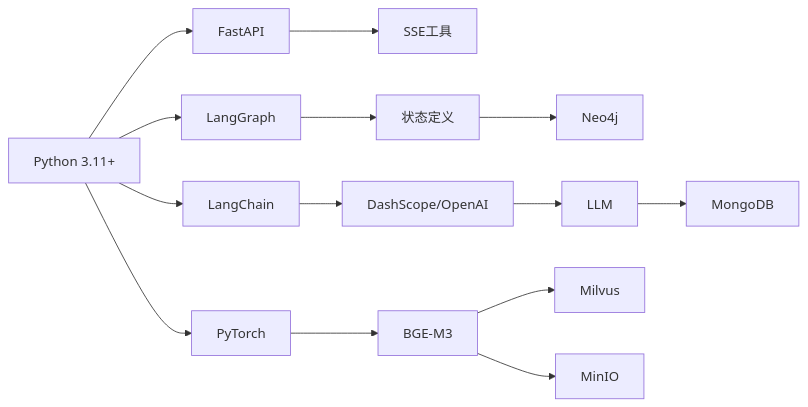
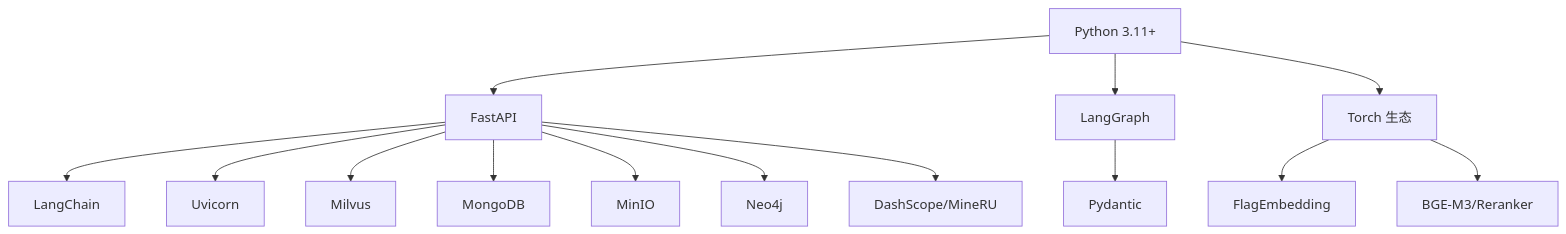
One commit to YveS-y/rag-agent changed the eighth of 8 diagrams in .qoder/repowiki/zh/content/开发者指南.md. Above: the diagram before and after it, drawn with Mermaid. The commit also changed other lines of this file and 14 other files, not shown here.

````diff
--- a/.qoder/repowiki/zh/content/开发者指南.md
+++ b/.qoder/repowiki/zh/content/开发者指南.md
@@ -545,16 +285,16 @@
 ```mermaid
-graph LR
+graph TB
 Py["Python 3.11+"] --> FastAPI["FastAPI"]
 Py --> LangGraph["LangGraph"]
-Py --> LangChain["LangChain"]
-Py --> Torch["PyTorch"]
-FastAPI --> SSE["SSE工具"]
-LangGraph --> States["状态定义"]
-Torch --> Embed["BGE-M3"]
-Embed --> Milvus["Milvus"]
-LangChain --> Dash["DashScope/OpenAI"]
-Dash --> LLM["LLM"]
-LLM --> Mongo["MongoDB"]
-Embed --> MinIO["MinIO"]
-States --> Neo4j["Neo4j"]
+Py --> Torch["Torch 生态"]
+FastAPI --> LangChain["LangChain"]
+LangGraph --> Pydantic["Pydantic"]
+FastAPI --> Uvicorn["Uvicorn"]
+Torch --> FlagEmbedding["FlagEmbedding"]
+Torch --> BGE["BGE-M3/Reranker"]
+FastAPI --> Milvus["Milvus"]
+FastAPI --> Mongo["MongoDB"]
+FastAPI --> MinIO["MinIO"]
+FastAPI --> Neo4j["Neo4j"]
+FastAPI --> DashScope["DashScope/MineRU"]
 ```
````
